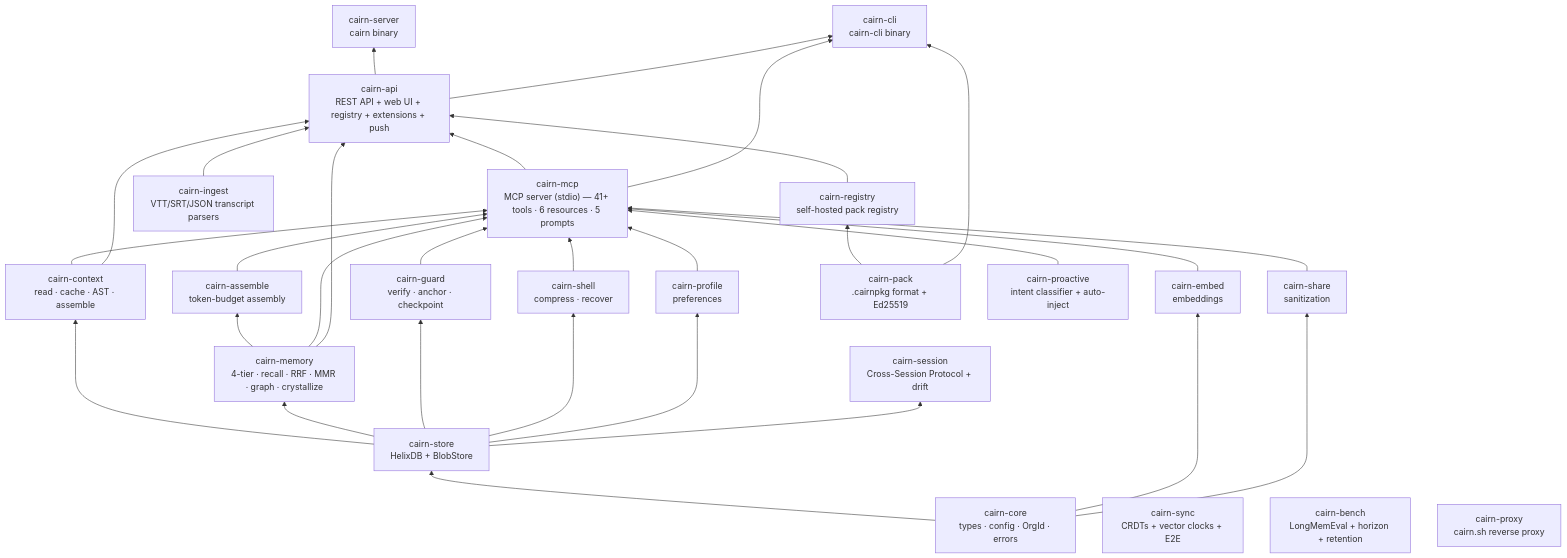
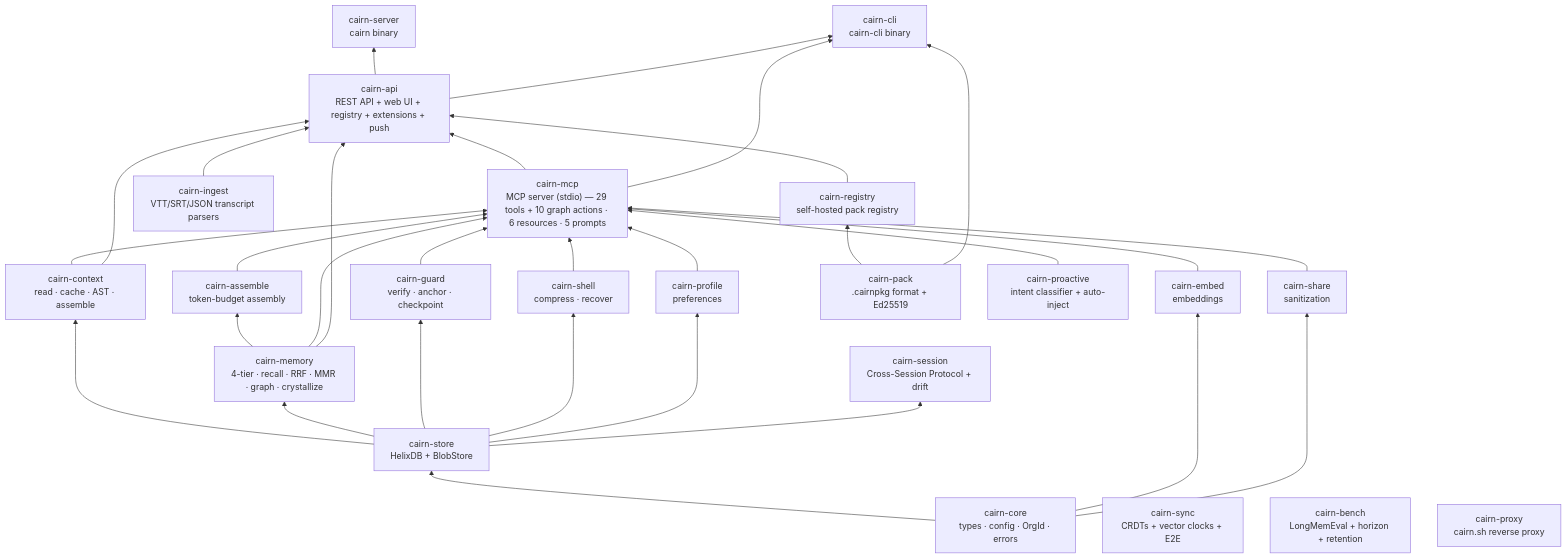
One commit to Vellixia/cairn changed the second of 2 diagrams in docs/ARCHITECTURE.md. Above: the diagram before and after it, drawn with Mermaid. The commit also changed other lines of this file and 16 other files, not shown here.

````diff
--- a/docs/ARCHITECTURE.md
+++ b/docs/ARCHITECTURE.md
@@ -42,55 +42,55 @@
 ```mermaid
 graph BT
     core["cairn-core<br/>types · config · OrgId · errors"]
     store["cairn-store<br/>HelixDB + BlobStore"]
     context["cairn-context<br/>read · cache · AST · assemble"]
     memory["cairn-memory<br/>4-tier · recall · RRF · MMR · graph · crystallize"]
     guard["cairn-guard<br/>verify · anchor · checkpoint"]
     shell["cairn-shell<br/>compress · recover"]
     profile["cairn-profile<br/>preferences"]
     assemble["cairn-assemble<br/>token-budget assembly"]
     share["cairn-share<br/>sanitization"]
     embed["cairn-embed<br/>embeddings"]
     session["cairn-session<br/>Cross-Session Protocol + drift"]
     pack["cairn-pack<br/>.cairnpkg format + Ed25519"]
     registry["cairn-registry<br/>self-hosted pack registry"]
     sync["cairn-sync<br/>CRDTs + vector clocks + E2E"]
     bench["cairn-bench<br/>LongMemEval + horizon + retention"]
     proactive["cairn-proactive<br/>intent classifier + auto-inject"]
     proxy["cairn-proxy<br/>cairn.sh reverse proxy"]
     ingest["cairn-ingest<br/>VTT/SRT/JSON transcript parsers"]
-    mcp["cairn-mcp<br/>MCP server (stdio) — 41+ tools · 6 resources · 5 prompts"]
+    mcp["cairn-mcp<br/>MCP server (stdio) — 29 tools + 10 graph actions · 6 resources · 5 prompts"]
     api["cairn-api<br/>REST API + web UI + registry + extensions + push"]
     server["cairn-server<br/>cairn binary"]
     cli["cairn-cli<br/>cairn-cli binary"]
 
     core --> store
     core --> embed
     core --> share
     store --> context
     store --> memory
     store --> guard
     store --> shell
     store --> profile
     store --> session
     memory --> assemble
     context --> mcp
     memory --> mcp
     guard --> mcp
     shell --> mcp
     profile --> mcp
     share --> mcp
     embed --> mcp
     assemble --> mcp
     proactive --> mcp
     context --> api
     memory --> api
     mcp --> api
     pack --> registry
     registry --> api
     ingest --> api
     pack --> cli
     api --> server
     mcp --> cli
     api --> cli
 ```
````
